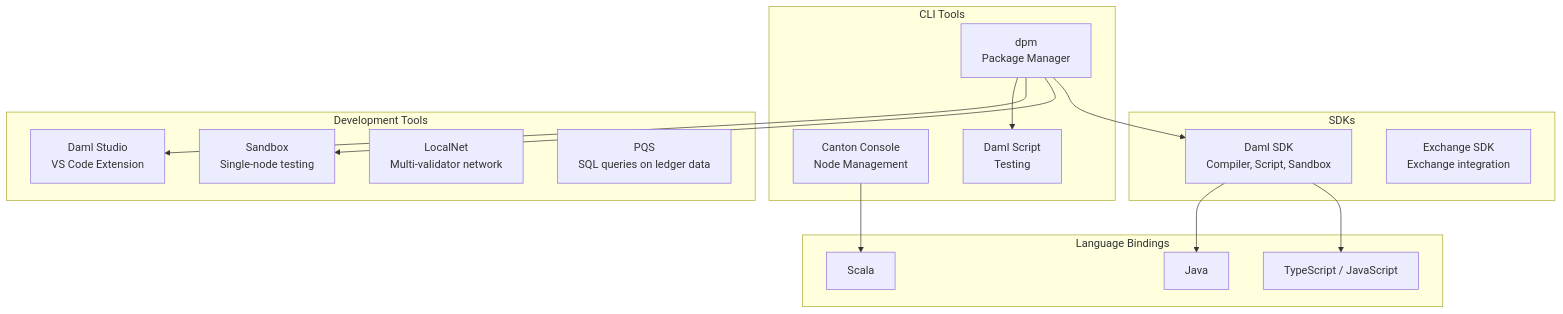
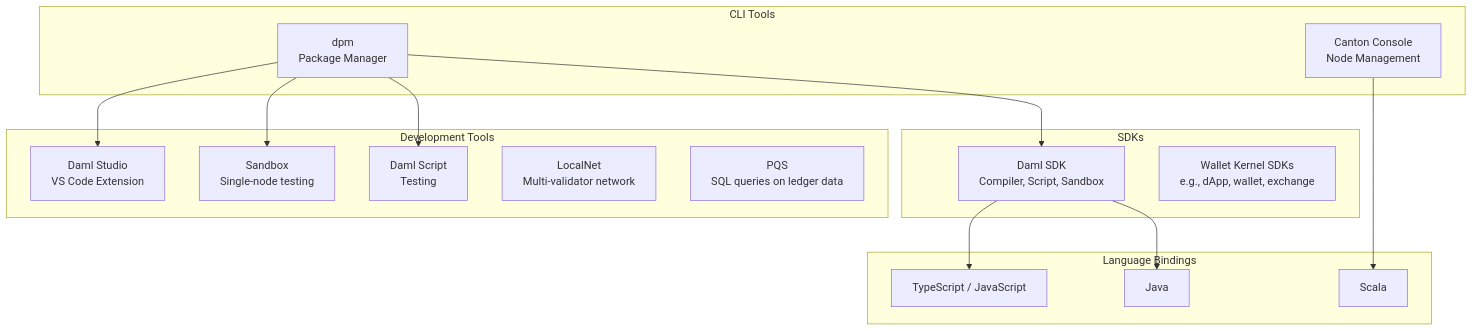
Before and after one commit to canton-network/cf-docs: the diagram in docs-main/sdks-tools/overview.mdx, drawn with Mermaid. The commit also changed other lines of this file and 11 other files, not shown here.

````diff
--- a/docs-main/sdks-tools/overview.mdx
+++ b/docs-main/sdks-tools/overview.mdx
@@ -10,34 +10,34 @@
 ```mermaid
 flowchart TB
     subgraph SDKs[SDKs]
         DAMLSDK[Daml SDK<br>Compiler, Script, Sandbox]
-        EXCHSDK[Exchange SDK<br>Exchange integration]
+        EXCHSDK[Wallet Kernel SDKs<br>e.g., dApp, wallet, exchange]
     end
 
     subgraph CLI[CLI Tools]
         DPM[dpm<br>Package Manager]
         CONSOLE[Canton Console<br>Node Management]
-        SCRIPT[Daml Script<br>Testing]
     end
 
     subgraph DevTools[Development Tools]
         STUDIO[Daml Studio<br>VS Code Extension]
         SANDBOX[Sandbox<br>Single-node testing]
+        SCRIPT[Daml Script<br>Testing]
         LOCALNET[LocalNet<br>Multi-validator network]
         PQS[PQS<br>SQL queries on ledger data]
     end
 
     subgraph Bindings[Language Bindings]
         TS[TypeScript / JavaScript]
         JAVA[Java]
         SCALA[Scala]
     end
 
     DPM --> DAMLSDK
     DPM --> SANDBOX
     DPM --> STUDIO
     DPM --> SCRIPT
     DAMLSDK --> TS
     DAMLSDK --> JAVA
     CONSOLE --> SCALA
 ```
````
